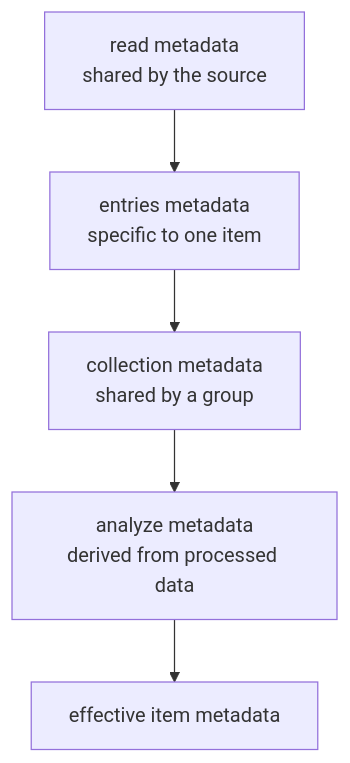
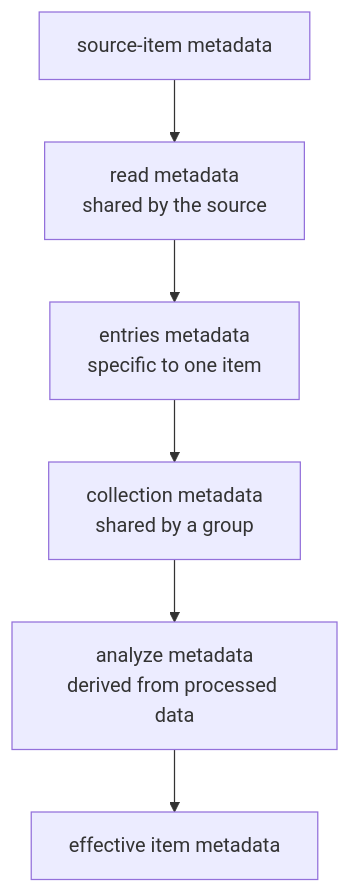
The diagram in docs/public/metadata-and-collections.md (digiefel/MeasurementBrowser), drawn with Mermaid before and after one commit. The commit also changed other lines of this file and 30 other files, not shown here.

````diff
--- a/docs/public/metadata-and-collections.md
+++ b/docs/public/metadata-and-collections.md
@@ -26,7 +26,8 @@
 ```mermaid
 flowchart TB
-    read["read metadata<br/>shared by the source"] --> entries["entries metadata<br/>specific to one item"]
+    source["source-item metadata"] --> read["read metadata<br/>shared by the source"]
+    read --> entries["entries metadata<br/>specific to one item"]
     entries --> inherited["collection metadata<br/>shared by a group"]
     inherited --> analysis["analyze metadata<br/>derived from processed data"]
     analysis --> effective["effective item metadata"]
 ```
````
